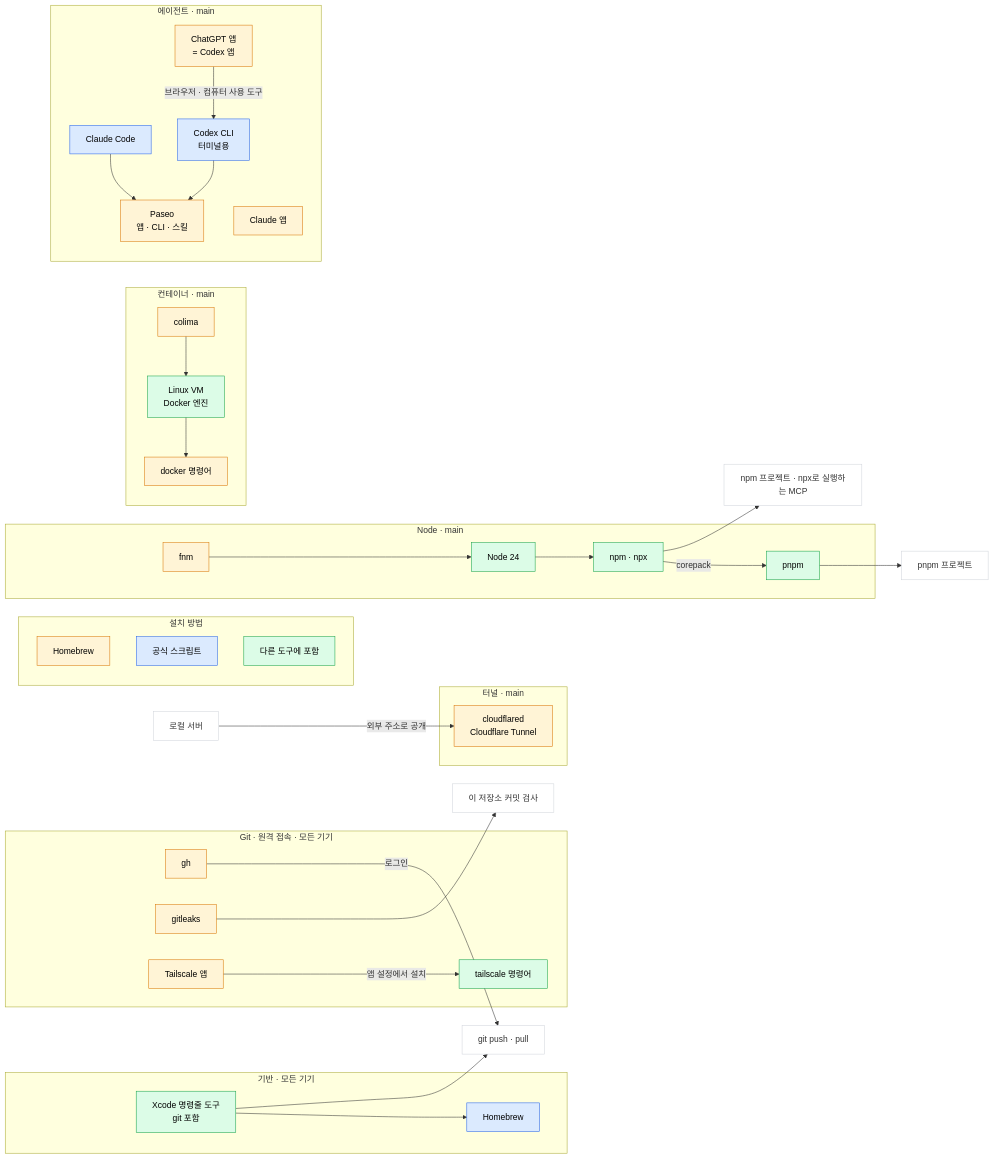
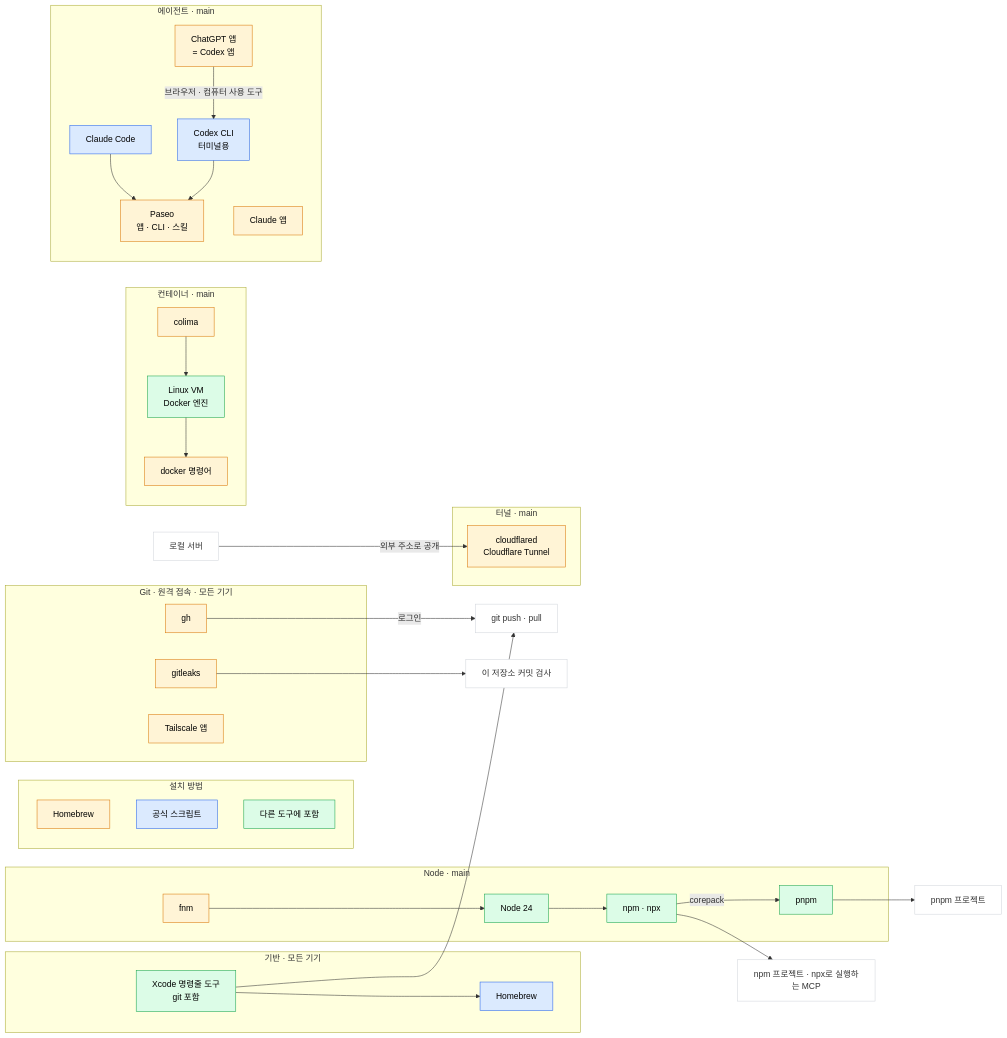
One commit to 01-works/bootstrap changed the diagram in TOOLS.md. Above: the diagram before and after it, drawn with Mermaid. The commit also changed other lines of this file and 4 other files, not shown here.

First line of the commit message:
tailscale 명령어 제거, ChatGPT cask 실패 원인 기록

````diff
--- a/TOOLS.md
+++ b/TOOLS.md
@@ -9,72 +9,70 @@
 ```mermaid
 flowchart LR
   subgraph sgLegend["설치 방법"]
     direction TB
     LG1["Homebrew"]:::brew
     LG2["공식 스크립트"]:::script
     LG3["다른 도구에 포함"]:::bundled
   end
 
   subgraph sgBase["기반 · 모든 기기"]
     CLT["Xcode 명령줄 도구<br/>git 포함"]
     BREW["Homebrew"]
   end
   CLT --> BREW
 
   subgraph sgGit["Git · 원격 접속 · 모든 기기"]
     GH["gh"]
     GL["gitleaks"]
     TSAPP["Tailscale 앱"]
-    TSCLI["tailscale 명령어"]
   end
   CLT --> GIT["git push · pull"]
   GH -->|로그인| GIT
   GL --> HOOK["이 저장소 커밋 검사"]
-  TSAPP -->|앱 설정에서 설치| TSCLI
 
   subgraph sgNode["Node · main"]
     FNM["fnm"]
     NODE["Node 24"]
     NPM["npm · npx"]
     PNPM["pnpm"]
   end
   FNM --> NODE
   NODE --> NPM
   NPM -->|corepack| PNPM
   PNPM --> PP["pnpm 프로젝트"]
   NPM --> NP["npm 프로젝트 · npx로 실행하는 MCP"]
 
   subgraph sgDocker["컨테이너 · main"]
     COLIMA["colima"]
     VM["Linux VM<br/>Docker 엔진"]
     DOCKER["docker 명령어"]
   end
   COLIMA --> VM
   VM --> DOCKER
 
   subgraph sgAgents["에이전트 · main"]
     CC["Claude Code"]
     CLAUDEAPP["Claude 앱"]
     CHATGPT["ChatGPT 앱<br/>= Codex 앱"]
     CODEX["Codex CLI<br/>터미널용"]
     PASEO["Paseo<br/>앱 · CLI · 스킬"]
   end
   CHATGPT -->|브라우저 · 컴퓨터 사용 도구| CODEX
   CC --> PASEO
   CODEX --> PASEO
 
   subgraph sgTunnel["터널 · main"]
     CF["cloudflared<br/>Cloudflare Tunnel"]
   end
   LOCAL["로컬 서버"] -->|외부 주소로 공개| CF
 
   classDef brew fill:#fff4d6,stroke:#d97706,color:#000
   classDef script fill:#dbeafe,stroke:#2563eb,color:#000
   classDef bundled fill:#dcfce7,stroke:#16a34a,color:#000
   classDef use fill:#ffffff,stroke:#d1d5db,color:#333
 
   class BREW,CC,CODEX script
-  class CLT,NODE,NPM,PNPM,VM,TSCLI bundled
+  class CLT,NODE,NPM,PNPM,VM bundled
   class FNM,COLIMA,DOCKER,CLAUDEAPP,CHATGPT,PASEO,CF,GH,GL,TSAPP brew
   class PP,NP,GIT,HOOK,LOCAL use
 ```
````
